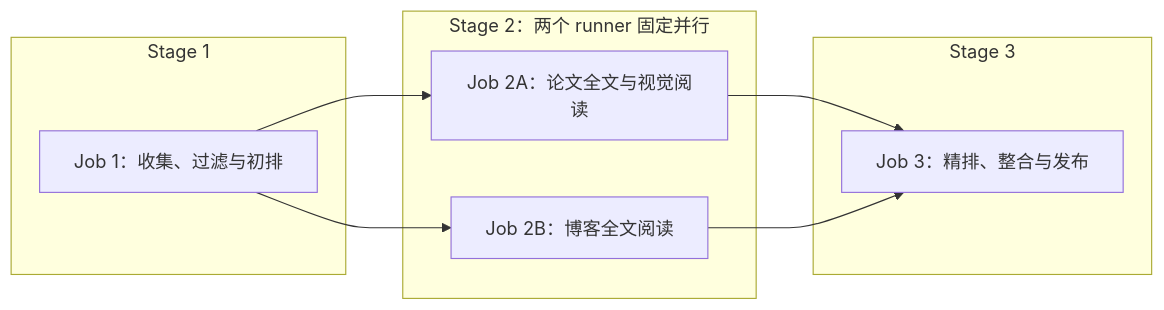
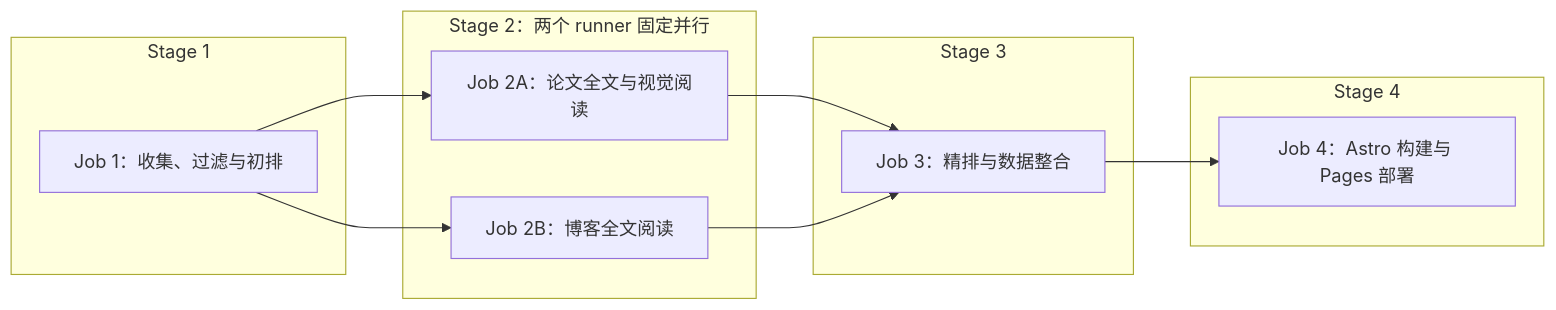
The diagram in docs/superpowers/specs/2026-08-09-recsys-daily-design.md (Bin-Zhang-hhht/rec-sys-daily), drawn with Mermaid before and after one commit. The commit also changed other lines of this file, not shown here.

````diff
--- a/docs/superpowers/specs/2026-08-09-recsys-daily-design.md
+++ b/docs/superpowers/specs/2026-08-09-recsys-daily-design.md
@@ -319,18 +318,22 @@
 ```mermaid
 flowchart LR
     A["Job 1：收集、过滤与初排"] --> B1["Job 2A：论文全文与视觉阅读"]
     A --> B2["Job 2B：博客全文阅读"]
-    B1 --> C["Job 3：精排、整合与发布"]
+    B1 --> C["Job 3：精排与数据整合"]
     B2 --> C
+    C --> D["Job 4：Astro 构建与 Pages 部署"]
 
     subgraph S1["Stage 1"]
       A
     end
     subgraph S2["Stage 2：两个 runner 固定并行"]
       B1
       B2
     end
     subgraph S3["Stage 3"]
       C
     end
+    subgraph S4["Stage 4"]
+      D
+    end
 ```
````
